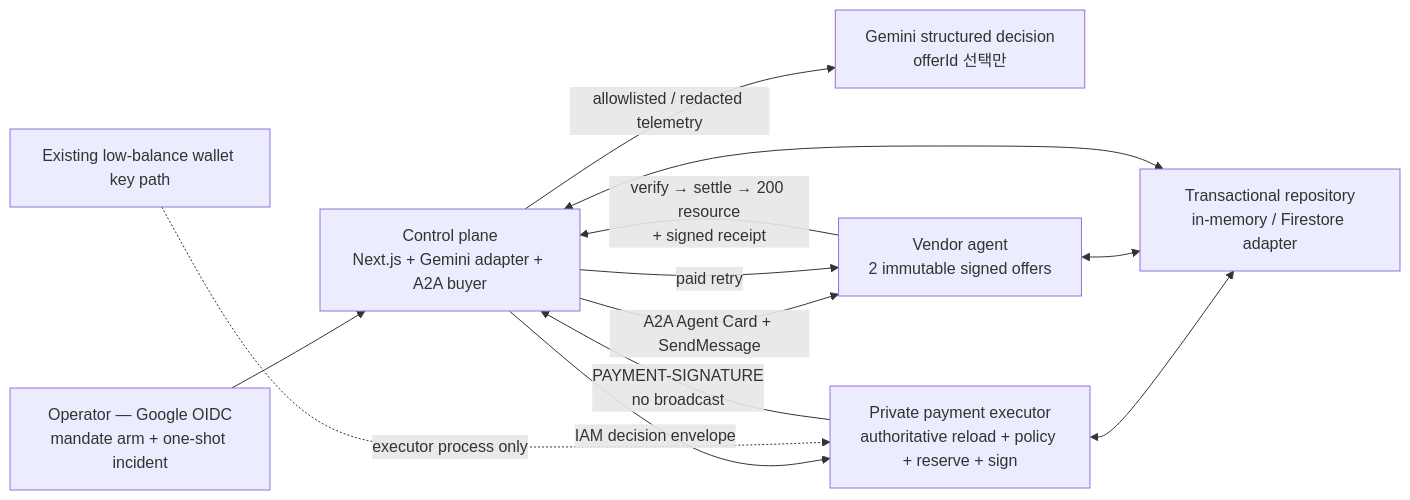
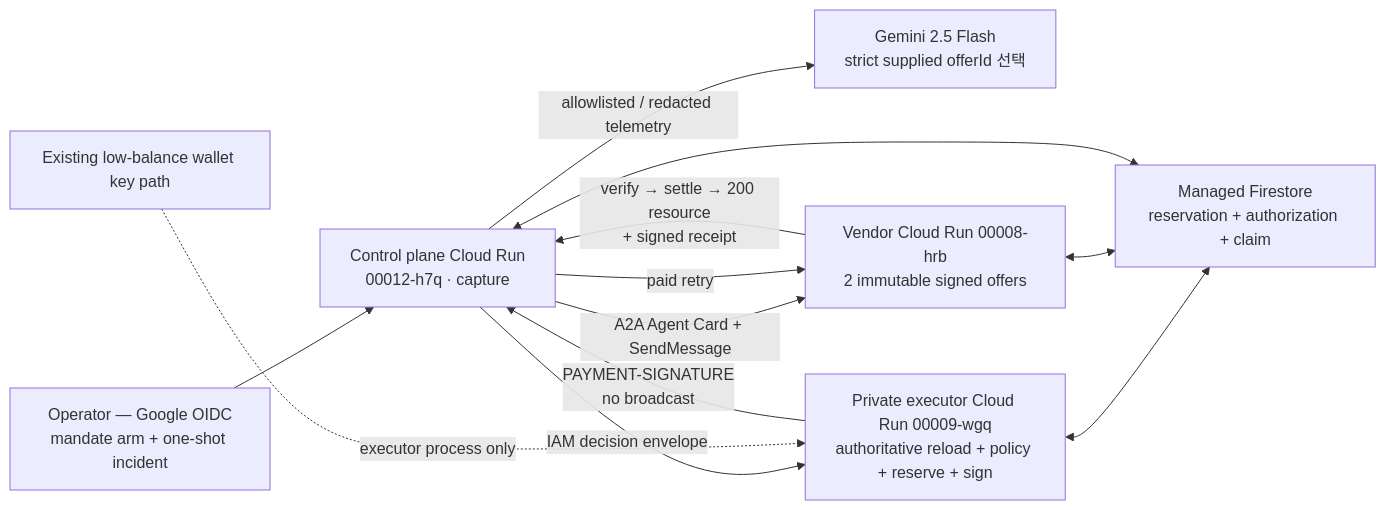
Before and after one commit to kwakhyun/uptime402-agentic-commerce: the first of 4 diagrams in docs/ARCHITECTURE.md, drawn with Mermaid. The commit also changed other lines of this file and 73 other files, not shown here.

````diff
--- a/docs/ARCHITECTURE.md
+++ b/docs/ARCHITECTURE.md
@@ -7,17 +7,17 @@
 ```mermaid
 flowchart LR
-    O["Operator — Google OIDC\nmandate arm + one-shot incident"] --> C["Control plane\nNext.js + Gemini adapter + A2A buyer"]
-    C -->|"allowlisted / redacted telemetry"| G["Gemini structured decision\nofferId 선택만"]
-    C -->|"A2A Agent Card + SendMessage"| V["Vendor agent\n2 immutable signed offers"]
-    C -->|"IAM decision envelope"| E["Private payment executor\nauthoritative reload + policy + reserve + sign"]
+    O["Operator — Google OIDC\nmandate arm + one-shot incident"] --> C["Control plane Cloud Run\n00012-h7q · capture"]
+    C -->|"allowlisted / redacted telemetry"| G["Gemini 2.5 Flash\nstrict supplied offerId 선택"]
+    C -->|"A2A Agent Card + SendMessage"| V["Vendor Cloud Run 00008-hrb\n2 immutable signed offers"]
+    C -->|"IAM decision envelope"| E["Private executor Cloud Run 00009-wgq\nauthoritative reload + policy + reserve + sign"]
     E -->|"PAYMENT-SIGNATURE\nno broadcast"| C
     C -->|"paid retry"| V
     V -->|"verify → settle → 200 resource\n+ signed receipt"| C
-    E <--> S["Transactional repository\nin-memory / Firestore adapter"]
+    E <--> S["Managed Firestore\nreservation + authorization + claim"]
     V <--> S
     C <--> S
 
     K["Existing low-balance wallet key path"] -. "executor process only" .-> E
     K ~~~ C
     K ~~~ G
 ```
````
